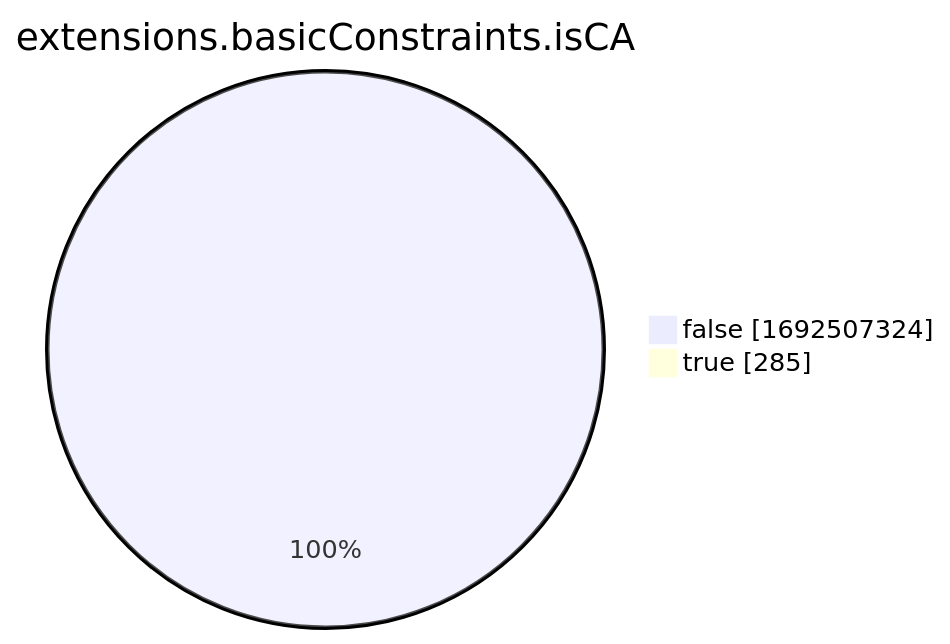
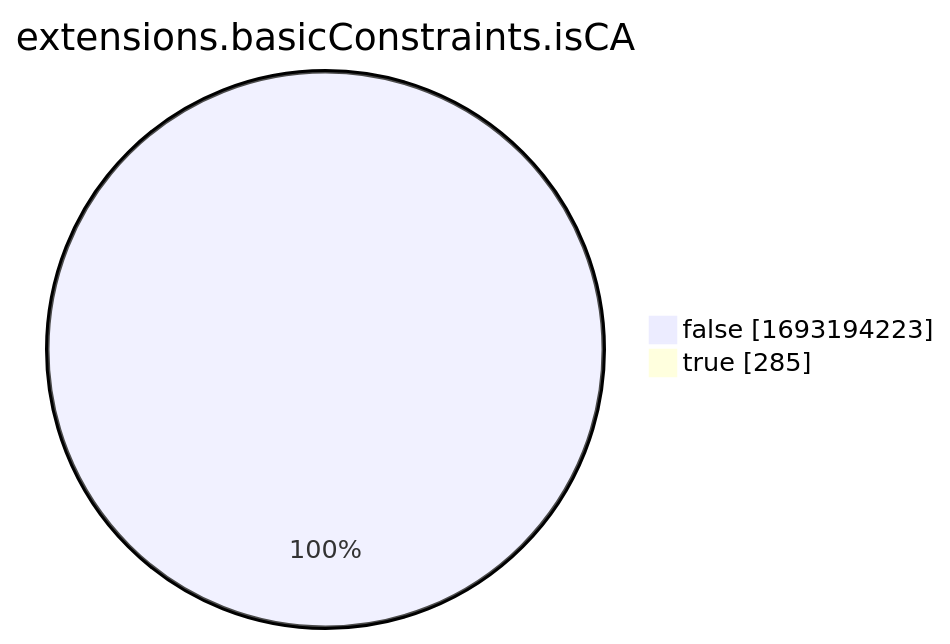
Before and after one commit to christiankrug/ctmonitor_visualization: the eighth of 15 diagrams in xenon2022/README.md, drawn with Mermaid. The commit also changed other lines of this file, not shown here.

````diff
--- a/xenon2022/README.md
+++ b/xenon2022/README.md
@@ -2865,6 +2865,6 @@
 ```mermaid
 pie showData
 title extensions.basicConstraints.isCA
-"false" :1692507324
+"false" :1693194223
 "true" :285
 ```
````
